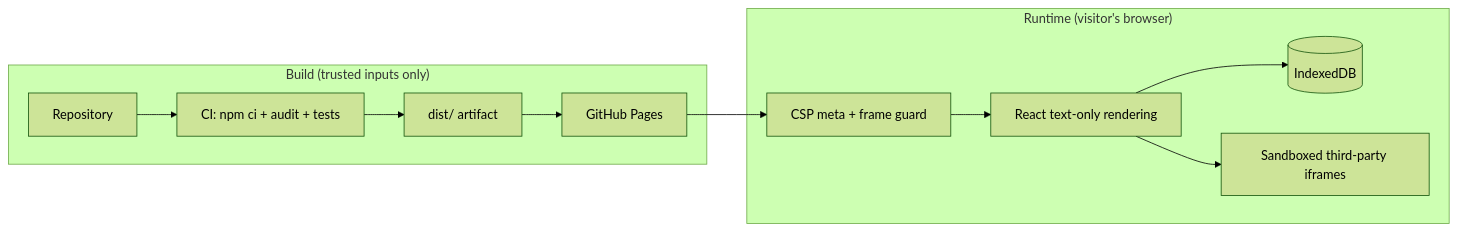
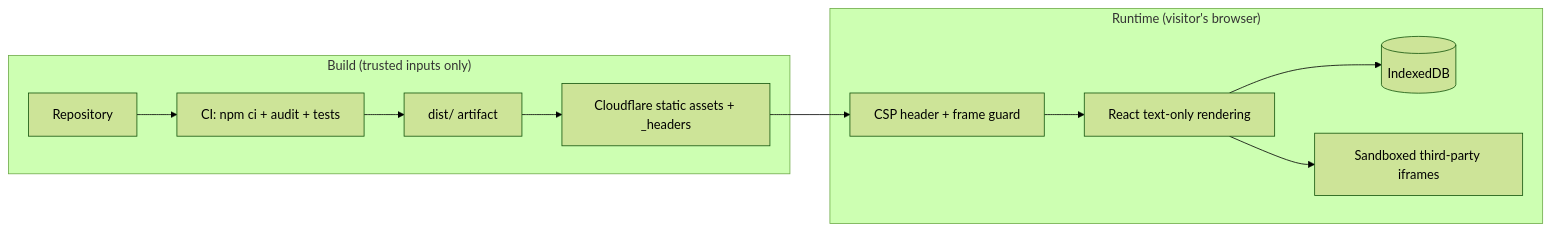
One commit to nilparra-dev/nilparra.dev changed the diagram in docs/security.md. Above: the diagram before and after it, drawn with Mermaid (forest theme). The commit also changed other lines of this file and 17 other files, not shown here.

First line of the commit message:
ci: deploy to Cloudflare Workers static assets with security headers (#49)

````diff
--- a/docs/security.md
+++ b/docs/security.md
@@ -10,14 +10,14 @@
 ```mermaid
 flowchart LR
   subgraph Build["Build (trusted inputs only)"]
     REPO[Repository] --> CI[CI: npm ci + audit + tests]
     CI --> ART[dist/ artifact]
-    ART --> PAGES[GitHub Pages]
+    ART --> EDGE[Cloudflare static assets + _headers]
   end
   subgraph Runtime["Runtime (visitor's browser)"]
-    CSP[CSP meta + frame guard] --> REACT[React text-only rendering]
+    CSP[CSP header + frame guard] --> REACT[React text-only rendering]
     REACT --> VFS[(IndexedDB)]
     REACT --> IFRAME[ Sandboxed third-party iframes ]
   end
-  PAGES --> CSP
+  EDGE --> CSP
 ```
````
